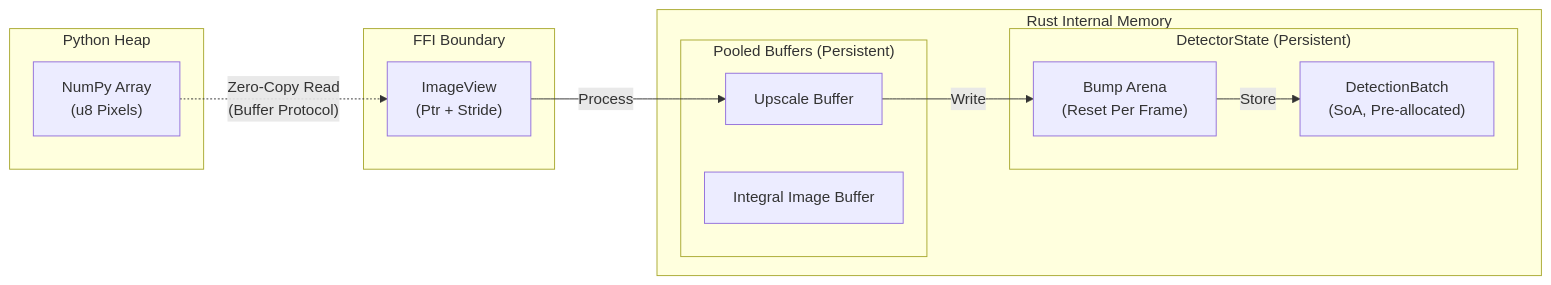
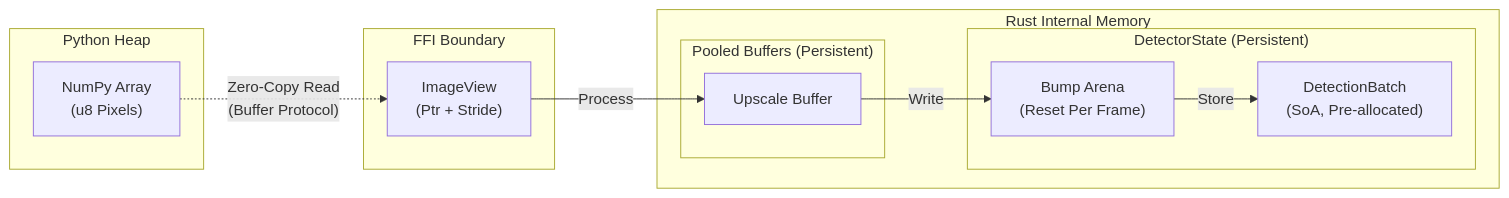
Before and after one commit to NoeFontana/locus-tag: the first of 3 diagrams in docs/explanation/memory_model.md, drawn with Mermaid. The commit also changed other lines of this file and 19 other files, not shown here.

````diff
--- a/docs/explanation/memory_model.md
+++ b/docs/explanation/memory_model.md
@@ -11,27 +11,26 @@
 ```mermaid
 flowchart LR
     subgraph Python ["Python Heap"]
         PyArr["NumPy Array<br/>(u8 Pixels)"]
     end
 
     subgraph Interface ["FFI Boundary"]
         View["ImageView<br/>(Ptr + Stride)"]
     end
 
     subgraph Rust ["Rust Internal Memory"]
         subgraph State ["DetectorState (Persistent)"]
             Arena["Bump Arena<br/>(Reset Per Frame)"]
             Batch["DetectionBatch<br/>(SoA, Pre-allocated)"]
         end
 
         subgraph Static ["Pooled Buffers (Persistent)"]
             Upscale["Upscale Buffer"]
-            Integral["Integral Image Buffer"]
         end
     end
 
     PyArr -.->|"Zero-Copy Read<br/>(Buffer Protocol)"| View
     View -->|Process| Upscale
     Upscale -->|Write| Arena
     Arena -->|Store| Batch
 ```
````
